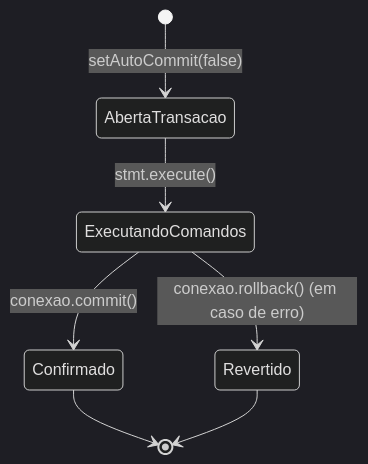
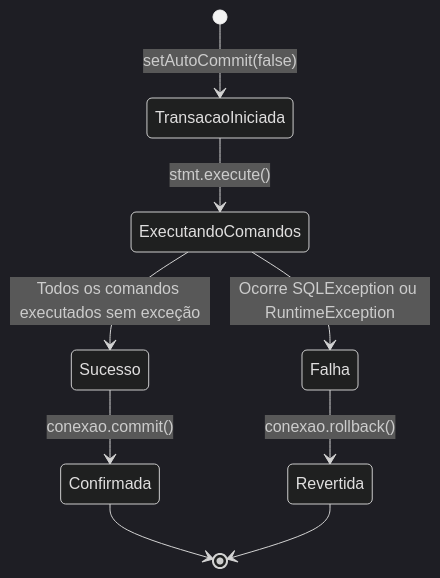
Diagram 16 of 26 in 3º Semestre/[Prof. Jefferson Passerini] Laboratório de Programação III/Resumos-IA/Simulados-Comentados.md (murilolol/unifef), drawn with Mermaid (dark theme) before and after one commit. The commit also changed other lines of this file and 10 other files, not shown here.

````diff
--- a/3º Semestre/[Prof. Jefferson Passerini] Laboratório de Programação III/Resumos-IA/Simulados-Comentados.md
+++ b/3º Semestre/[Prof. Jefferson Passerini] Laboratório de Programação III/Resumos-IA/Simulados-Comentados.md
@@ -478,9 +806,11 @@
 ```mermaid
 stateDiagram-v2
-    [*] --> AbertaTransacao: setAutoCommit(false)
-    AbertaTransacao --> ExecutandoComandos: stmt.execute()
-    ExecutandoComandos --> Confirmado: conexao.commit()
-    ExecutandoComandos --> Revertido: conexao.rollback() (em caso de erro)
-    Confirmado --> [*]
-    Revertido --> [*]
+  [*] --> TransacaoIniciada : setAutoCommit(false)
+  TransacaoIniciada --> ExecutandoComandos : stmt.execute()
+  ExecutandoComandos --> Sucesso : Todos os comandos executados sem exceção
+  Sucesso --> Confirmada : conexao.commit()
+  ExecutandoComandos --> Falha : Ocorre SQLException ou RuntimeException
+  Falha --> Revertida : conexao.rollback()
+  Confirmada --> [*]
+  Revertida --> [*]
 ```
````
